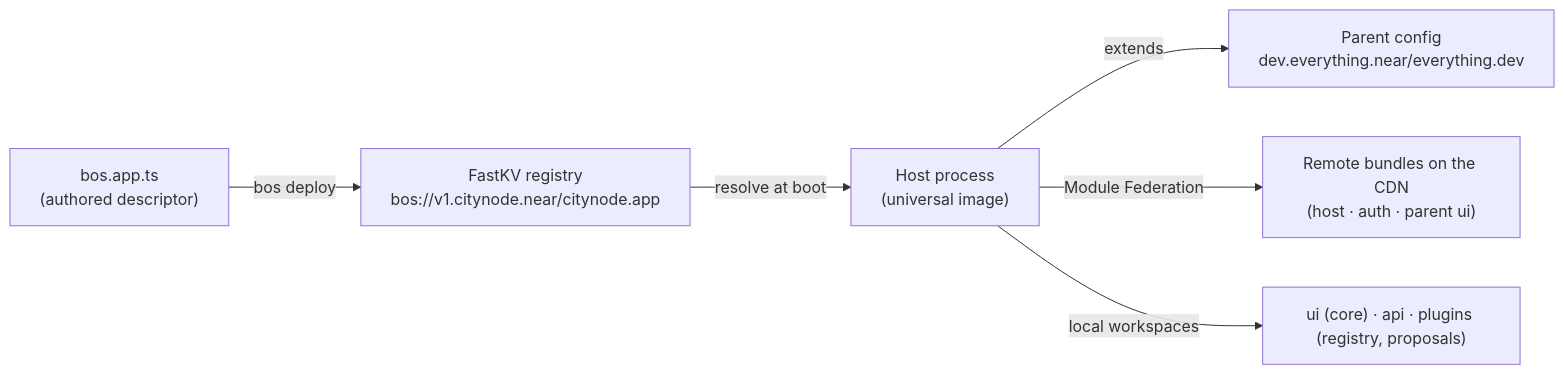
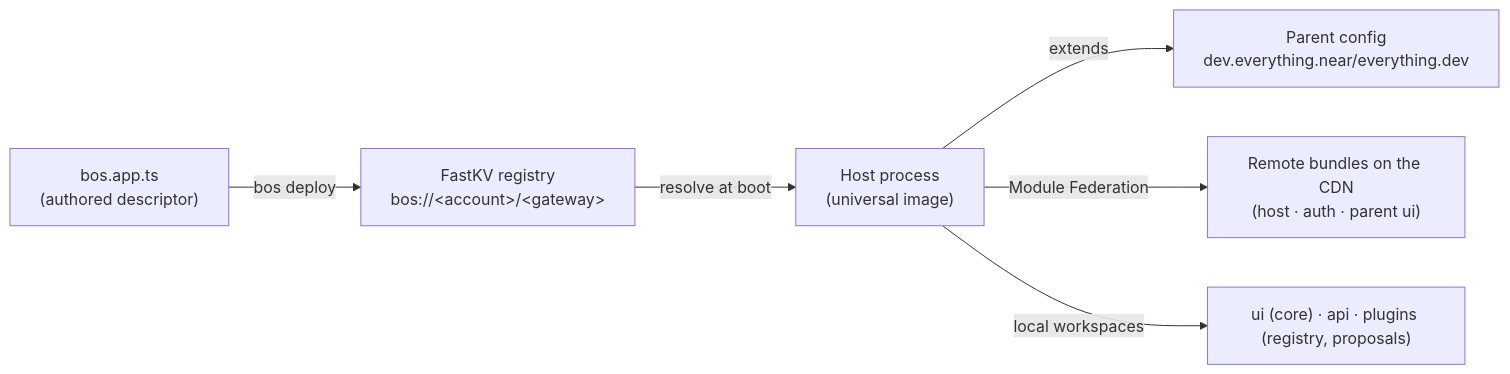
One commit to NEARBuilders/citynode.app changed the first of 3 diagrams in docs/agents/how-it-fits.md. Above: the diagram before and after it, drawn with Mermaid. The commit also changed other lines of this file and 13 other files, not shown here.

````diff
--- a/docs/agents/how-it-fits.md
+++ b/docs/agents/how-it-fits.md
@@ -12,8 +15,8 @@
 ```mermaid
 flowchart LR
-  A["bos.app.ts<br/>(authored descriptor)"] -->|"bos deploy"| B["FastKV registry<br/>bos://v1.citynode.near/citynode.app"]
+  A["bos.app.ts<br/>(authored descriptor)"] -->|"bos deploy"| B["FastKV registry<br/>bos://&lt;account&gt;/&lt;gateway&gt;"]
   B -->|"resolve at boot"| C["Host process<br/>(universal image)"]
   C -->|"extends"| D["Parent config<br/>dev.everything.near/everything.dev"]
   C -->|"Module Federation"| E["Remote bundles on the CDN<br/>(host · auth · parent ui)"]
   C -->|"local workspaces"| F["ui (core) · api · plugins (registry, proposals)"]
 ```
````
